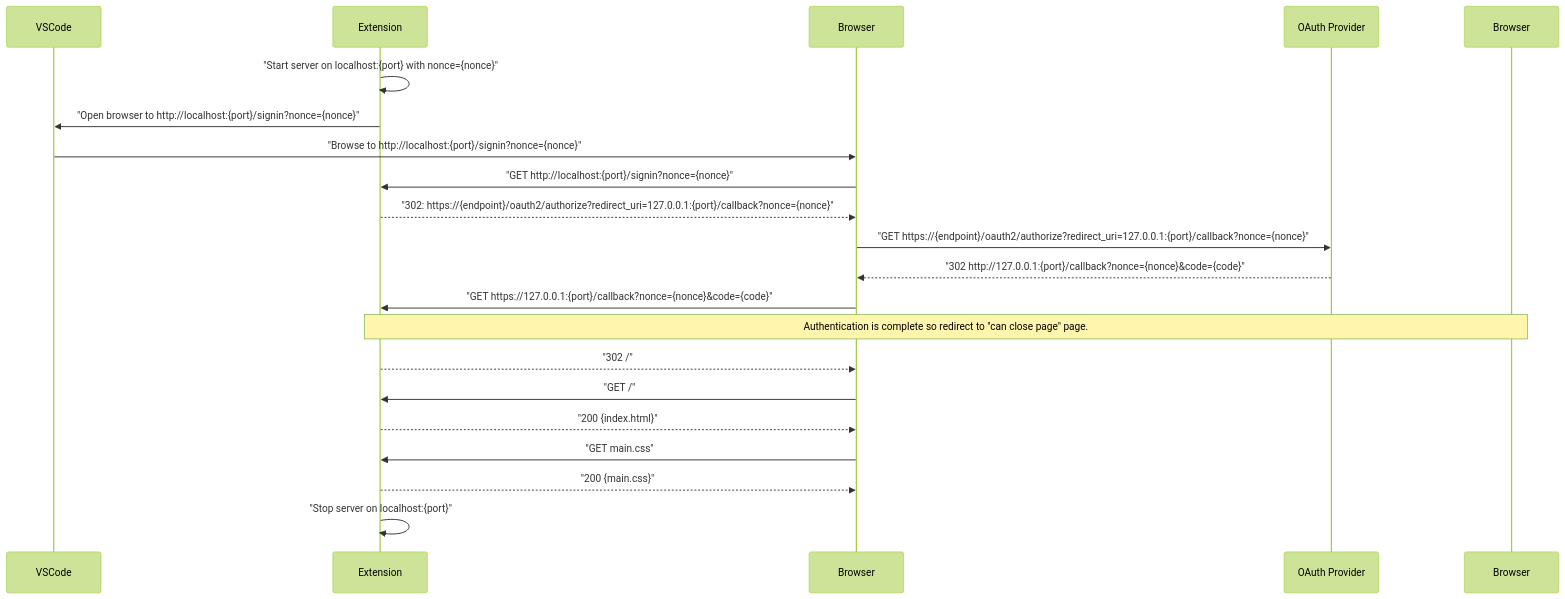
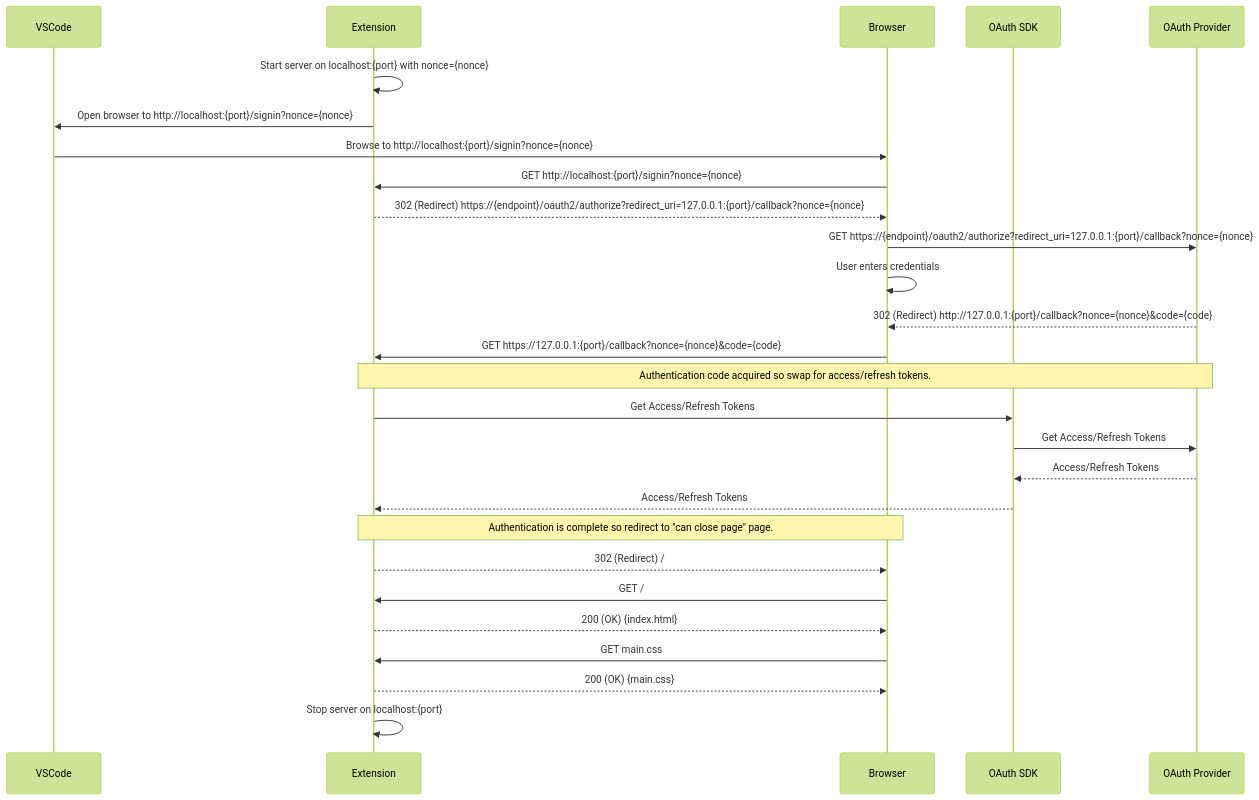
One commit to microsoft/vscode-azure-account changed the diagram in docs/DESIGN.md. Above: the diagram before and after it, drawn with Mermaid (forest theme).

Commit message:
Add SDK part of flow.

````diff
--- a/docs/DESIGN.md
+++ b/docs/DESIGN.md
@@ -11,23 +11,30 @@
 ```mermaid
 sequenceDiagram
     participant V as VSCode
     participant E as Extension
     participant B as Browser
+    participant S as OAuth SDK
     participant P as OAuth Provider
 
-    E->>E: "Start server on localhost:{port} with nonce={nonce}"
-    E->>V: "Open browser to http://localhost:{port}/signin?nonce={nonce}"
-    V->>B: "Browse to http://localhost:{port}/signin?nonce={nonce}"
-    B->>E: "GET http://localhost:{port}/signin?nonce={nonce}"
-    E-->>B: "302: https://{endpoint}/oauth2/authorize?redirect_uri=127.0.0.1:{port}/callback?nonce={nonce}"
-    B->>P: "GET https://{endpoint}/oauth2/authorize?redirect_uri=127.0.0.1:{port}/callback?nonce={nonce}"
-    P-->>B: "302 http://127.0.0.1:{port}/callback?nonce={nonce}&code={code}"
-    B->>E: "GET https://127.0.0.1:{port}/callback?nonce={nonce}&code={code}"
-    Note over E, Browser: Authentication is complete so redirect to "can close page" page.
-    E-->>B: "302 /"
-    B->>E: "GET /"
-    E-->>B: "200 {index.html}"
-    B->>E: "GET main.css"
-    E-->>B: "200 {main.css}"
-    E->>E: "Stop server on localhost:{port}"
+    E->>E: Start server on localhost:{port} with nonce={nonce}
+    E->>V: Open browser to http://localhost:{port}/signin?nonce={nonce}
+    V->>B: Browse to http://localhost:{port}/signin?nonce={nonce}
+    B->>E: GET http://localhost:{port}/signin?nonce={nonce}
+    E-->>B: 302 (Redirect) https://{endpoint}/oauth2/authorize?redirect_uri=127.0.0.1:{port}/callback?nonce={nonce}
+    B->>P: GET https://{endpoint}/oauth2/authorize?redirect_uri=127.0.0.1:{port}/callback?nonce={nonce}
+    B->>B: User enters credentials
+    P-->>B: 302 (Redirect) http://127.0.0.1:{port}/callback?nonce={nonce}&code={code}
+    B->>E: GET https://127.0.0.1:{port}/callback?nonce={nonce}&code={code}
+    Note over E, P: Authentication code acquired so swap for access/refresh tokens.
+    E->>S: Get Access/Refresh Tokens
+    S->>P: Get Access/Refresh Tokens
+    P-->>S: Access/Refresh Tokens
+    S-->>E: Access/Refresh Tokens
+    Note over E, B: Authentication is complete so redirect to "can close page" page.
+    E-->>B: 302 (Redirect) /
+    B->>E: GET /
+    E-->>B: 200 (OK) {index.html}
+    B->>E: GET main.css
+    E-->>B: 200 (OK) {main.css}
+    E->>E: Stop server on localhost:{port}
 ```
````
